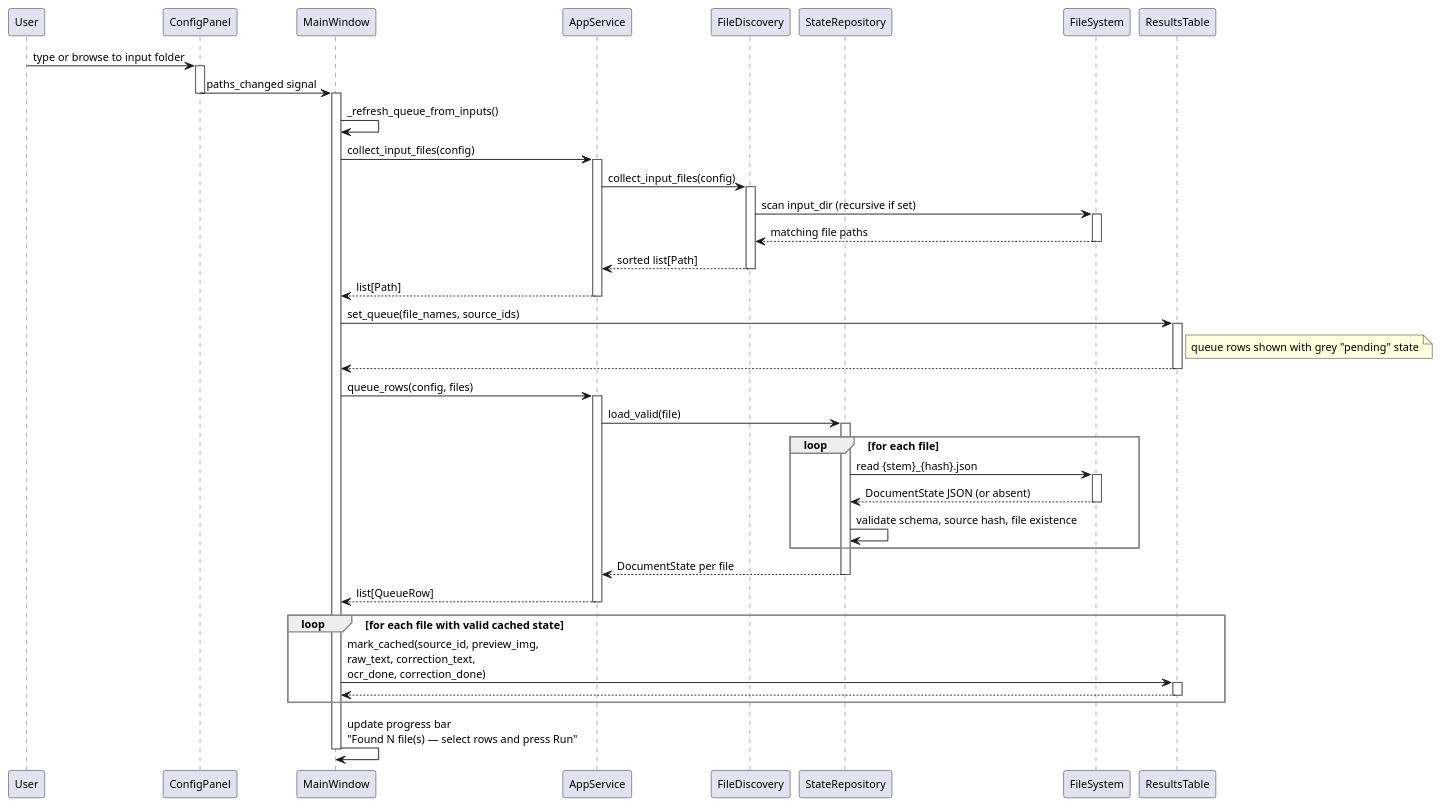
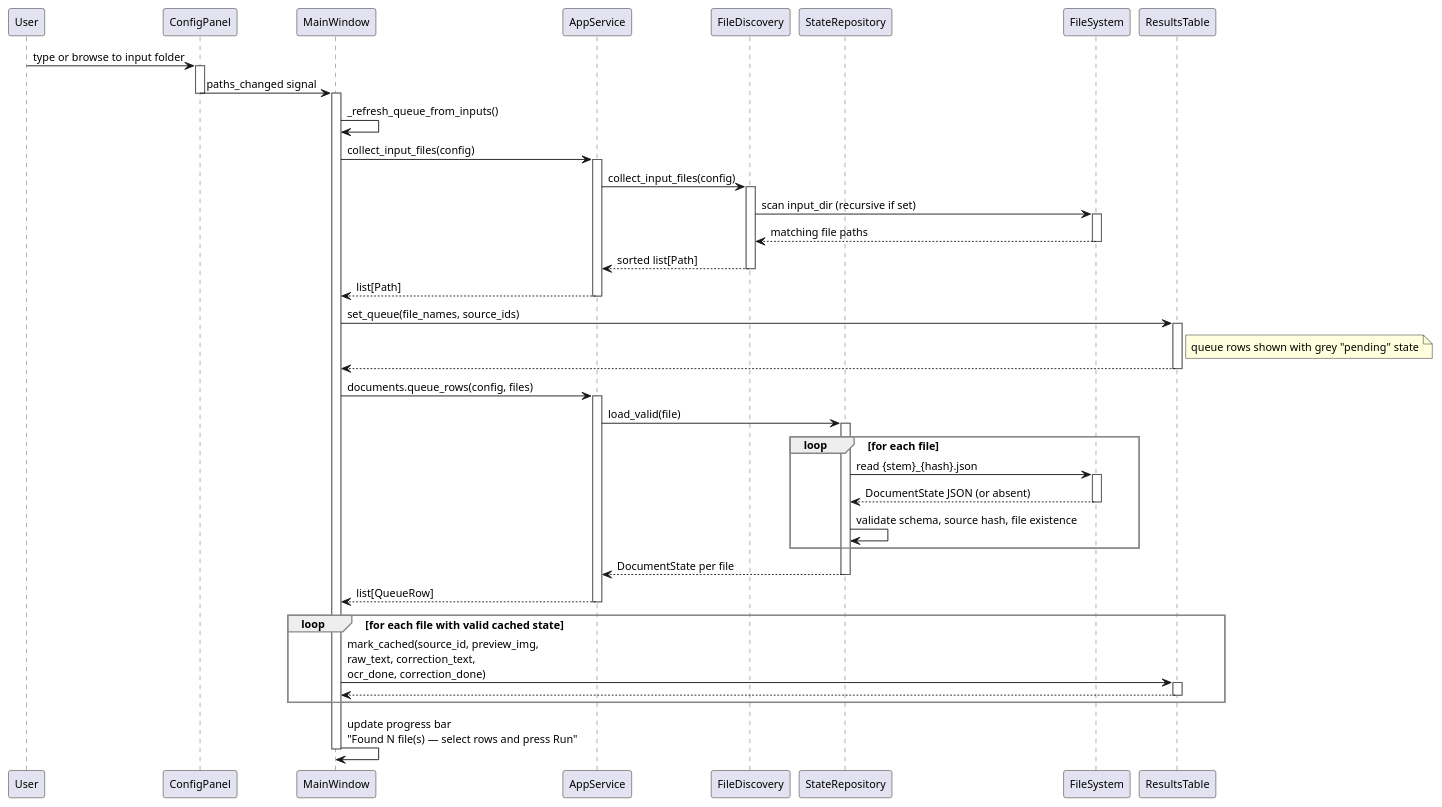
The diagram in docs/assets/sequence_open_folder.puml (JoHoenk/teachers-teammate), drawn with PlantUML before and after one commit. The commit also changed 32 other files, not shown here.

```diff
--- a/docs/assets/sequence_open_folder.puml
+++ b/docs/assets/sequence_open_folder.puml
@@ -1,71 +1,71 @@
 @startuml Teacher's Teammate — Open Input Folder
 
 skinparam defaultFontSize 12
 skinparam sequenceArrowThickness 1
 skinparam sequenceGroupBorderColor #888888
 skinparam sequenceLifeLineBorderColor #555555
 skinparam shadowing false
 skinparam noteBackgroundColor #FFFFDD
 
 participant "User"              as USER
 participant "ConfigPanel"       as CPANEL
 participant "MainWindow"        as WIN
 participant "AppService"        as SVC
 participant "FileDiscovery"     as DISC
 participant "StateRepository"   as REPO
 participant "FileSystem"        as FS
 participant "ResultsTable"      as TABLE
 
 USER -> CPANEL         : type or browse to input folder
 activate CPANEL
 CPANEL -> WIN          : paths_changed signal
 deactivate CPANEL
 
 activate WIN
 WIN -> WIN             : _refresh_queue_from_inputs()
 WIN -> SVC             : collect_input_files(config)
 activate SVC
 SVC -> DISC            : collect_input_files(config)
 activate DISC
 DISC -> FS             : scan input_dir (recursive if set)
 activate FS
 FS --> DISC            : matching file paths
 deactivate FS
 DISC --> SVC           : sorted list[Path]
 deactivate DISC
 SVC --> WIN            : list[Path]
 deactivate SVC
 
 WIN -> TABLE           : set_queue(file_names, source_ids)
 activate TABLE
 note right TABLE       : queue rows shown with grey "pending" state
 TABLE --> WIN          :
 deactivate TABLE
 
-WIN -> SVC             : queue_rows(config, files)
+WIN -> SVC             : documents.queue_rows(config, files)
 activate SVC
 SVC -> REPO            : load_valid(file)
 activate REPO
 loop for each file
   REPO -> FS           : read {stem}_{hash}.json
   activate FS
   FS --> REPO          : DocumentState JSON (or absent)
   deactivate FS
   REPO -> REPO         : validate schema, source hash, file existence
 end
 REPO --> SVC           : DocumentState per file
 deactivate REPO
 SVC --> WIN            : list[QueueRow]
 deactivate SVC
 
 loop for each file with valid cached state
   WIN -> TABLE         : mark_cached(source_id, preview_img,\nraw_text, correction_text,\nocr_done, correction_done)
   activate TABLE
   TABLE --> WIN        :
   deactivate TABLE
 end
 
 WIN -> WIN             : update progress bar\n"Found N file(s) — select rows and press Run"
 deactivate WIN
 
 @enduml
```
